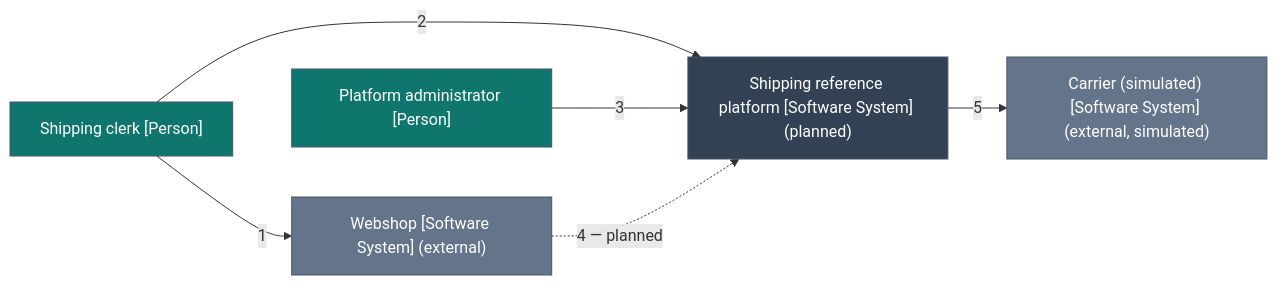
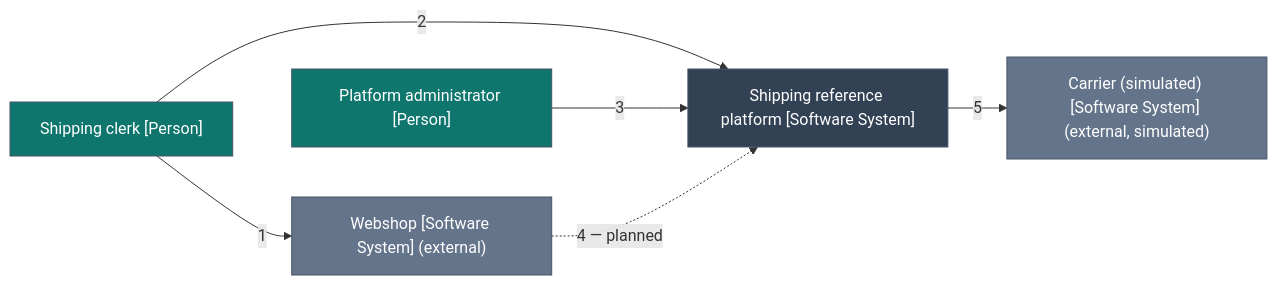
One commit to Stig-Johnny/shipping-reference-platform changed the diagram in docs/architecture/system-context.md. Above: the diagram before and after it, drawn with Mermaid. The commit also changed other lines of this file and 102 other files, not shown here.

````diff
--- a/docs/architecture/system-context.md
+++ b/docs/architecture/system-context.md
@@ -17,20 +17,20 @@
 ```mermaid
 flowchart LR
     accTitle: System context
     accDescr: System context view with 5 elements and 5 relationships. The tables on the page list every one of them.
     1["Shipping clerk [Person]"]
     style 1 fill:#0f766e,stroke:#475569,color:#ffffff
     2["Platform administrator [Person]"]
     style 2 fill:#0f766e,stroke:#475569,color:#ffffff
     3["Webshop [Software System] (external)"]
     style 3 fill:#64748b,stroke:#475569,color:#ffffff
     4["Carrier (simulated) [Software System] (external, simulated)"]
     style 4 fill:#64748b,stroke:#475569,color:#ffffff
-    5["Shipping reference platform [Software System] (planned)"]
+    5["Shipping reference platform [Software System]"]
     style 5 fill:#334155,stroke:#475569,color:#ffffff
     1 -->|"1"| 3
     1 -->|"2"| 5
     2 -->|"3"| 5
     3 -.->|"4 — planned"| 5
     5 -->|"5"| 4
 ```
````
